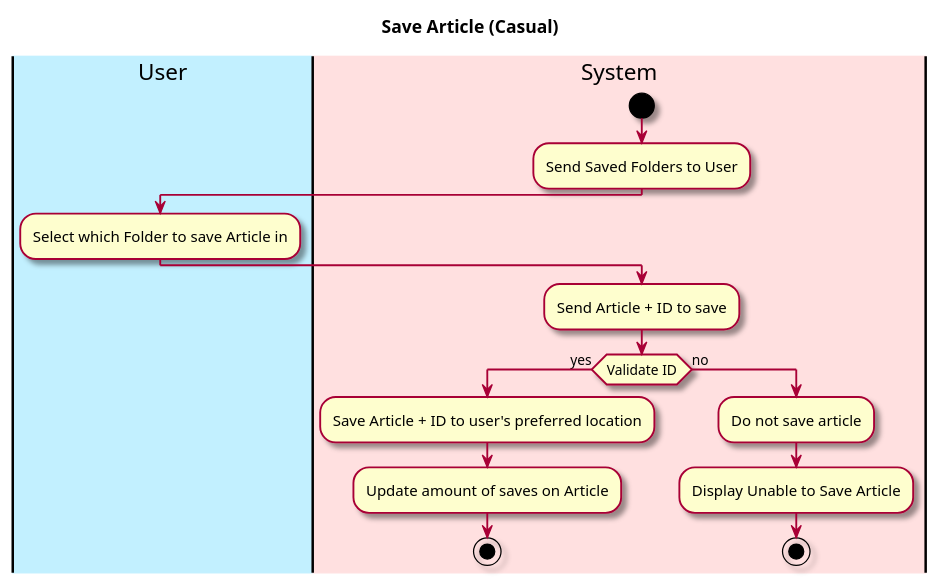
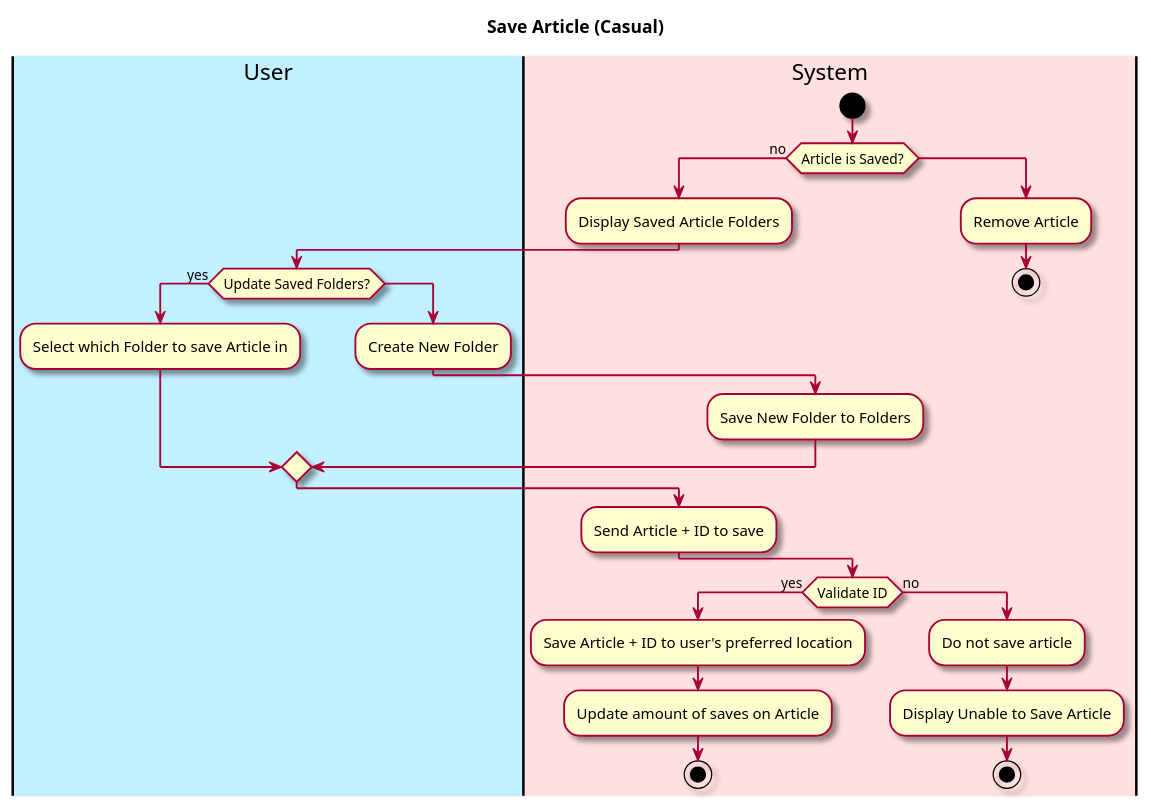
The diagram in intellij/doc/Functional Specification/save-article.md (owhitleym-ui/EcoScoop), drawn with PlantUML before and after one commit. The commit also changed 12 other files, not shown here.

````diff
--- a/intellij/doc/Functional Specification/save-article.md
+++ b/intellij/doc/Functional Specification/save-article.md
@@ -24,33 +24,44 @@
 ```plantuml
 @startuml
 
 skin rose
 
 title Save Article (Casual)
 
 'define the lanes
 |#application|User|
 |#implementation|System|
 
 |System|
 start
-:Send Saved Folders to User;
-
+if (Article is Saved?) then (no)
+:Display Saved Article Folders;
 |User|
+if(Update Saved Folders?) then (yes)
 :Select which Folder to save Article in;
+else()
+:Create New Folder;
+|System|
+:Save New Folder to Folders;
+endif
 |System|
 :Send Article + ID to save;
+ else ()
+:Remove Article;
+stop
+endif
+
 
 |System|
 if (Validate ID) then (yes)
 :Save Article + ID to user's preferred location;
 :Update amount of saves on Article;
 stop
 
 else (no)
 :Do not save article;
 :Display Unable to Save Article;
 
 stop
 @enduml
 ```
````
